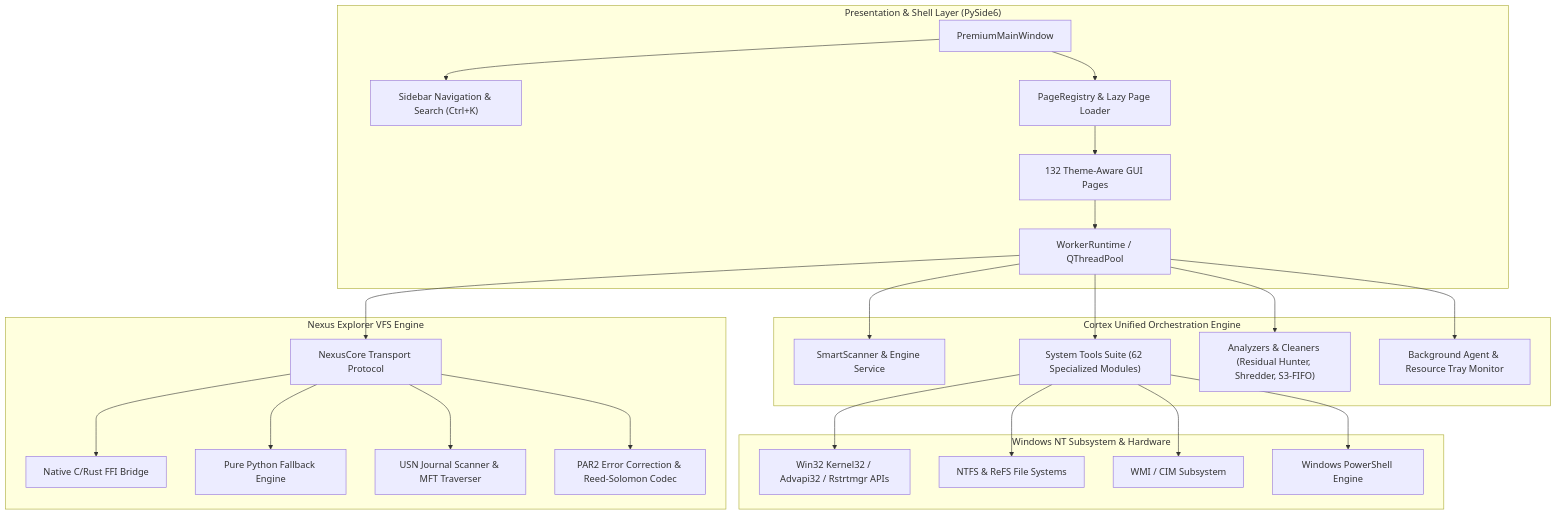
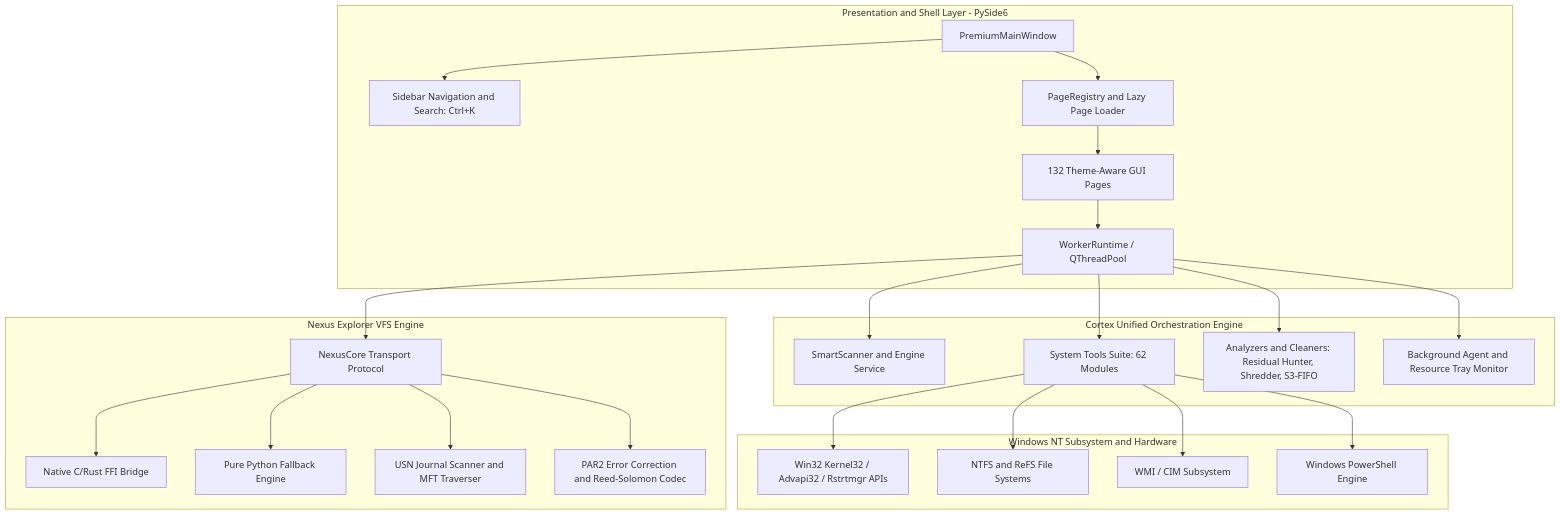
Before and after one commit to Destroyer-official/Cortex-Workstation: the diagram in README.md, drawn with Mermaid. The commit also changed other lines of this file and 5 other files, not shown here.

Commit message:
docs: fix Mermaid diagram syntax, typography spacing, and doc cross-links

````diff
--- a/README.md
+++ b/README.md
@@ -80,31 +80,31 @@
 ```mermaid
 flowchart TB
-    subgraph UI_Layer ["Presentation & Shell Layer (PySide6)"]
-        A[PremiumMainWindow] --> B["Sidebar Navigation & Search (Ctrl+K)"]
-        A --> C[PageRegistry & Lazy Page Loader]
-        C --> D[132 Theme-Aware GUI Pages]
-        D --> E[WorkerRuntime / QThreadPool]
+    subgraph UI_Layer["Presentation and Shell Layer - PySide6"]
+        A["PremiumMainWindow"] --> B["Sidebar Navigation and Search: Ctrl+K"]
+        A --> C["PageRegistry and Lazy Page Loader"]
+        C --> D["132 Theme-Aware GUI Pages"]
+        D --> E["WorkerRuntime / QThreadPool"]
     end
 
-    subgraph Core_Engine ["Cortex Unified Orchestration Engine"]
-        E --> F[SmartScanner & Engine Service]
-        E --> G["System Tools Suite (62 Specialized Modules)"]
-        E --> H["Analyzers & Cleaners (Residual Hunter, Shredder, S3-FIFO)"]
-        E --> I[Background Agent & Resource Tray Monitor]
+    subgraph Core_Engine["Cortex Unified Orchestration Engine"]
+        E --> F["SmartScanner and Engine Service"]
+        E --> G["System Tools Suite: 62 Modules"]
+        E --> H["Analyzers and Cleaners: Residual Hunter, Shredder, S3-FIFO"]
+        E --> I["Background Agent and Resource Tray Monitor"]
     end
 
-    subgraph Nexus_VFS ["Nexus Explorer VFS Engine"]
-        E --> J[NexusCore Transport Protocol]
-        J --> K[Native C/Rust FFI Bridge]
-        J --> L[Pure Python Fallback Engine]
-        J --> M[USN Journal Scanner & MFT Traverser]
-        J --> N[PAR2 Error Correction & Reed-Solomon Codec]
+    subgraph Nexus_VFS["Nexus Explorer VFS Engine"]
+        E --> J["NexusCore Transport Protocol"]
+        J --> K["Native C/Rust FFI Bridge"]
+        J --> L["Pure Python Fallback Engine"]
+        J --> M["USN Journal Scanner and MFT Traverser"]
+        J --> N["PAR2 Error Correction and Reed-Solomon Codec"]
     end
 
-    subgraph OS_Kernel ["Windows NT Subsystem & Hardware"]
-        G --> O[Win32 Kernel32 / Advapi32 / Rstrtmgr APIs]
-        G --> P[NTFS & ReFS File Systems]
-        G --> Q[WMI / CIM Subsystem]
-        G --> R[Windows PowerShell Engine]
+    subgraph OS_Kernel["Windows NT Subsystem and Hardware"]
+        G --> O["Win32 Kernel32 / Advapi32 / Rstrtmgr APIs"]
+        G --> P["NTFS and ReFS File Systems"]
+        G --> Q["WMI / CIM Subsystem"]
+        G --> R["Windows PowerShell Engine"]
     end
 ```
````
